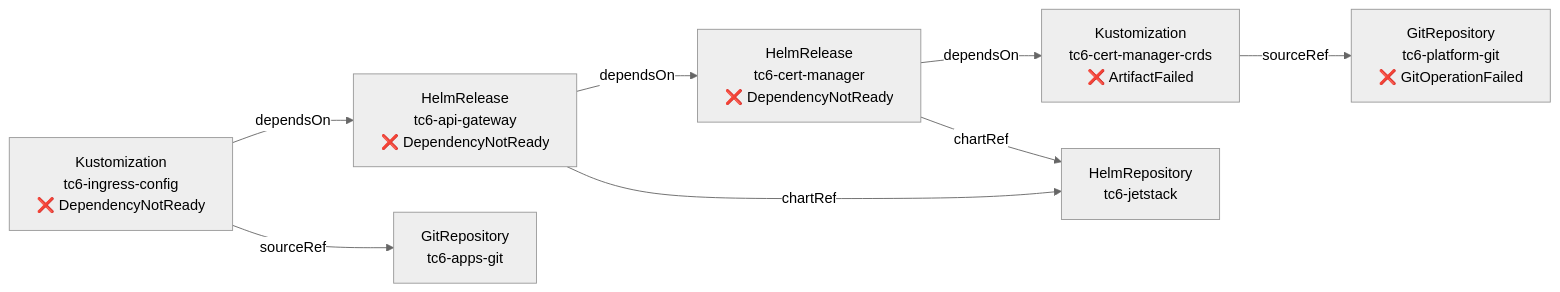
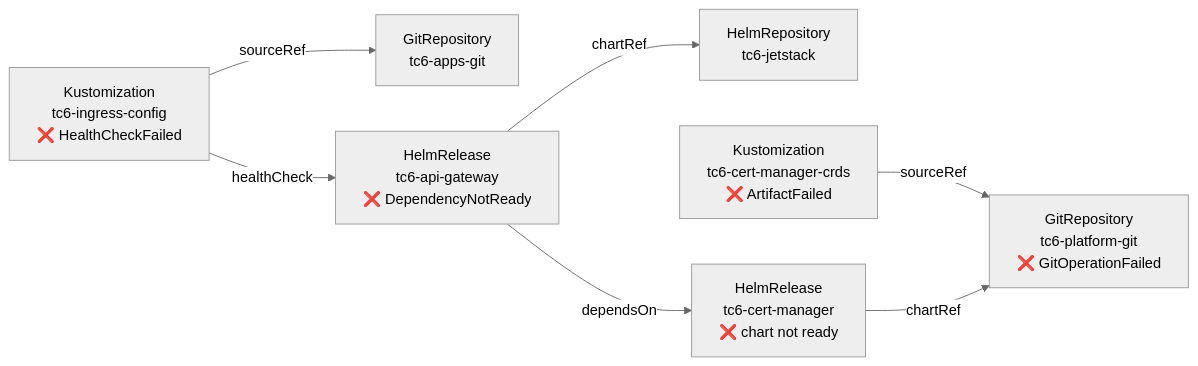
The sixth of 6 diagrams in docs/test-cases.md (lukaross368/flux-snapshot), drawn with Mermaid (neutral theme) before and after one commit. The commit also changed other lines of this file and 8 other files, not shown here.

````diff
--- a/docs/test-cases.md
+++ b/docs/test-cases.md
@@ -387,18 +393,17 @@
 ```mermaid
 graph LR
     GIT["GitRepository\ntc6-platform-git\n❌ GitOperationFailed"]
     APPGIT["GitRepository\ntc6-apps-git"]
     CHARTS["HelmRepository\ntc6-jetstack"]
     CRDS["Kustomization\ntc6-cert-manager-crds\n❌ ArtifactFailed"]
-    CERT["HelmRelease\ntc6-cert-manager\n❌ DependencyNotReady"]
+    CERT["HelmRelease\ntc6-cert-manager\n❌ chart not ready"]
     GW["HelmRelease\ntc6-api-gateway\n❌ DependencyNotReady"]
-    CFG["Kustomization\ntc6-ingress-config\n❌ DependencyNotReady"]
+    CFG["Kustomization\ntc6-ingress-config\n❌ HealthCheckFailed"]
 
     CRDS -->|sourceRef| GIT
-    CERT -->|dependsOn| CRDS
-    CERT -->|chartRef| CHARTS
+    CERT -->|chartRef| GIT
     GW -->|dependsOn| CERT
     GW -->|chartRef| CHARTS
-    CFG -->|dependsOn| GW
+    CFG -->|healthCheck| GW
     CFG -->|sourceRef| APPGIT
 ```
````
